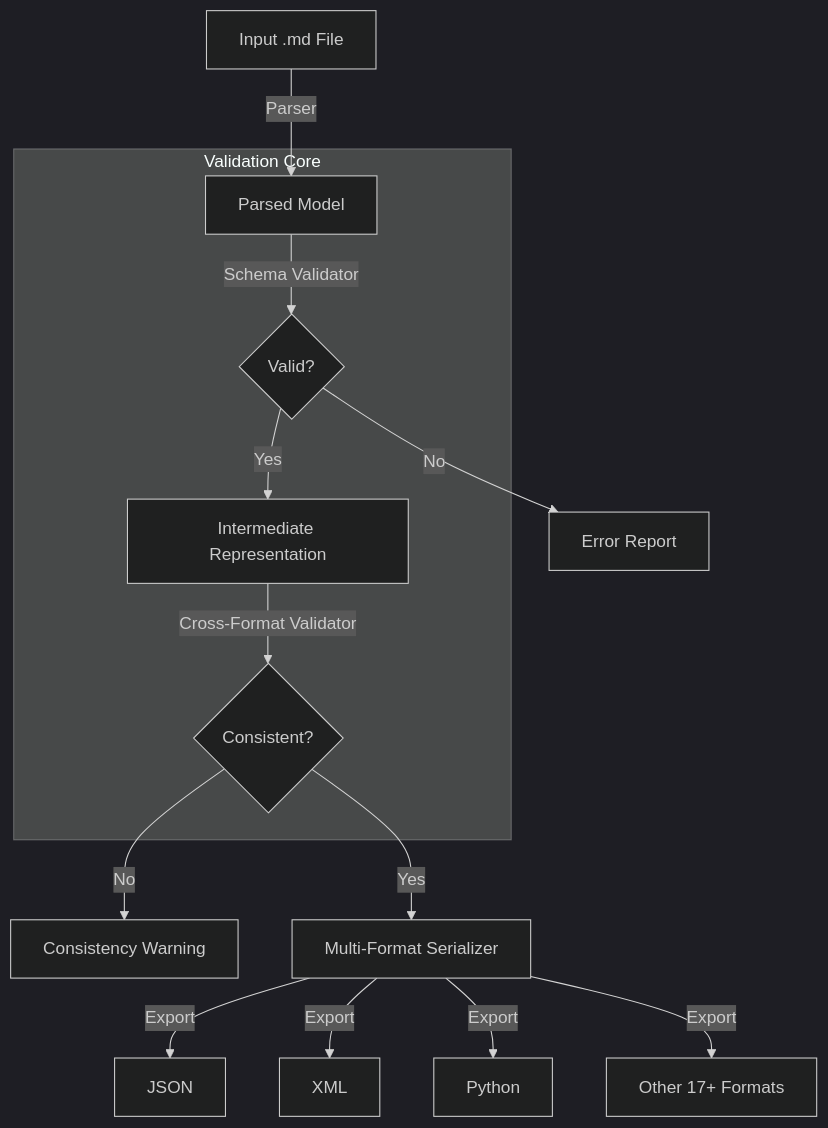
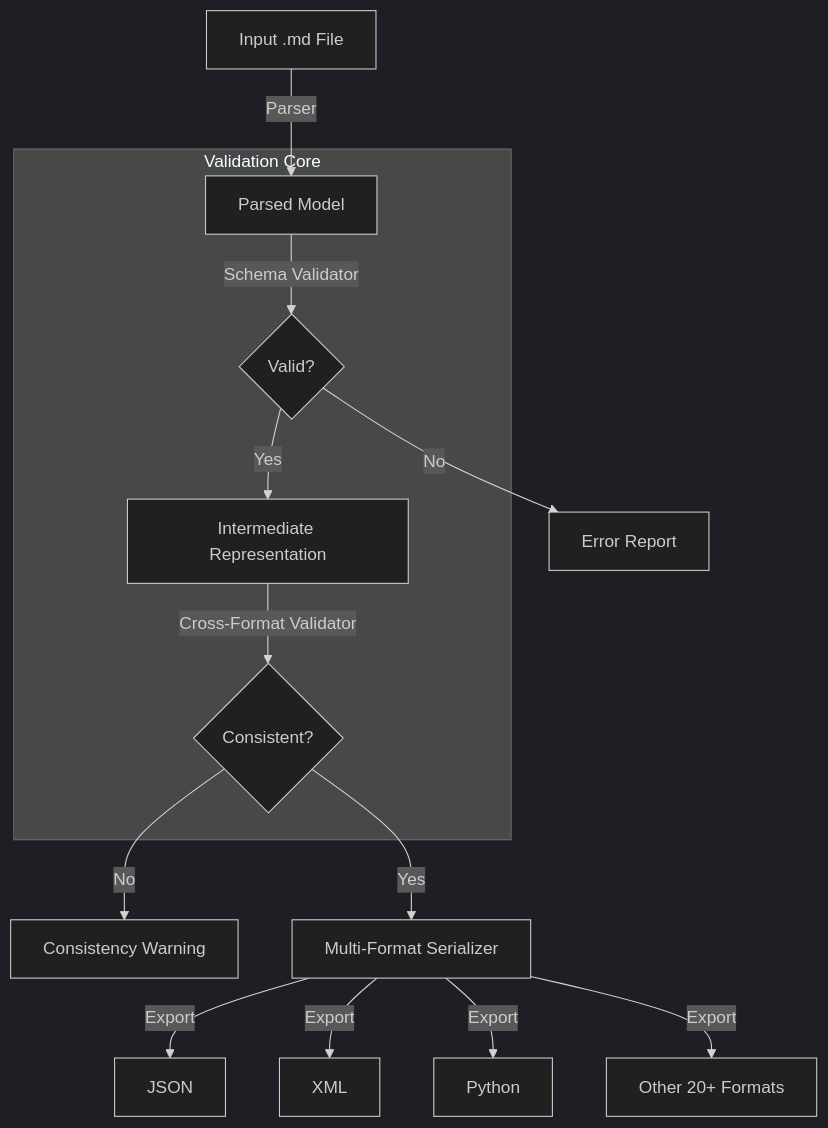
Before and after one commit to ActiveInferenceInstitute/GeneralizedNotationNotation: the first of 4 diagrams in src/gnn/README.md, drawn with Mermaid (dark theme). The commit also changed other lines of this file and 200 other files, not shown here.

````diff
--- a/src/gnn/README.md
+++ b/src/gnn/README.md
@@ -29,23 +29,23 @@
 ```mermaid
 graph TD
     Input[Input .md File] -->|Parser| Parsed[Parsed Model]
     Parsed -->|Schema Validator| Valid{Valid?}
     Valid -->|No| Error[Error Report]
     Valid -->|Yes| IR[Intermediate Representation]
     
     IR -->|Cross-Format Validator| Consistent{Consistent?}
     Consistent -->|No| Warn[Consistency Warning]
     Consistent -->|Yes| Serializer[Multi-Format Serializer]
     
     Serializer -->|Export| JSON[JSON]
     Serializer -->|Export| XML[XML]
     Serializer -->|Export| Python[Python]
-    Serializer -->|Export| Others[Other 17+ Formats]
+    Serializer -->|Export| Others[Other 20+ Formats]
     
     subgraph "Validation Core"
     Parsed
     Valid
     IR
     Consistent
     end
 ```
````
